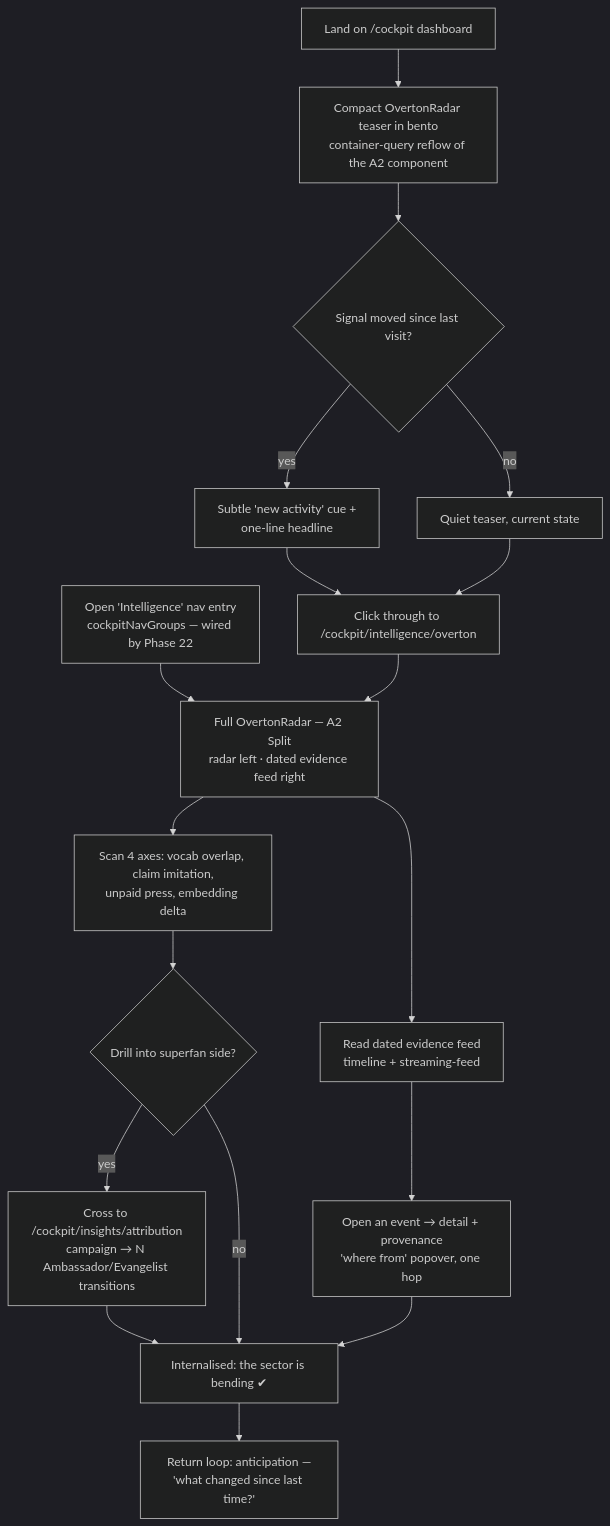
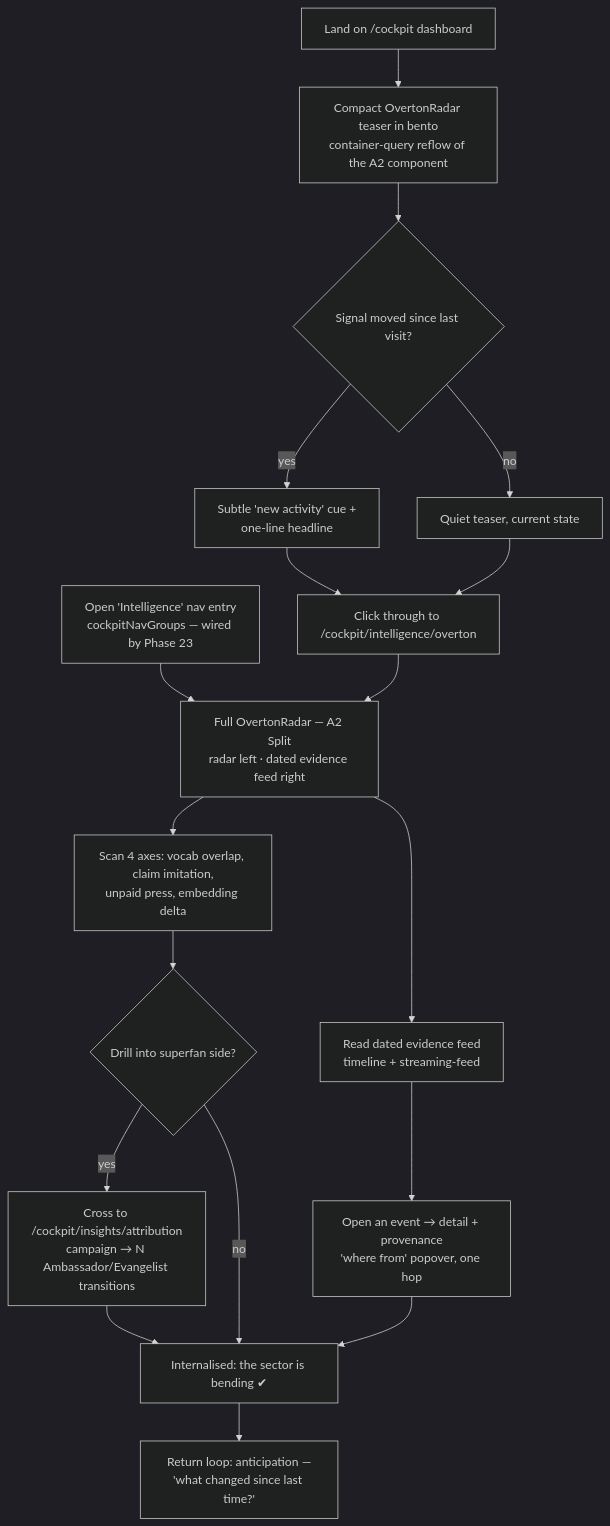
The third of 4 diagrams in _bmad-output/planning-artifacts/ux-design-specification.md (xtincell/ADVE-project), drawn with Mermaid (dark theme) before and after one commit. The commit also changed other lines of this file and 4 other files, not shown here.

````diff
--- a/_bmad-output/planning-artifacts/ux-design-specification.md
+++ b/_bmad-output/planning-artifacts/ux-design-specification.md
@@ -926,20 +926,20 @@
 ```mermaid
 flowchart TD
   A[Land on /cockpit dashboard] --> B[Compact OvertonRadar teaser in bento<br/>container-query reflow of the A2 component]
-  A2[Open 'Intelligence' nav entry<br/>cockpitNavGroups — wired by Phase 22] --> G
+  A2[Open 'Intelligence' nav entry<br/>cockpitNavGroups — wired by Phase 23] --> G
   B --> C{Signal moved since last visit?}
   C -->|yes| D[Subtle 'new activity' cue +<br/>one-line headline]
   C -->|no| E[Quiet teaser, current state]
   D --> F[Click through to /cockpit/intelligence/overton]
   E --> F
   F --> G[Full OvertonRadar — A2 Split<br/>radar left · dated evidence feed right]
   G --> H[Scan 4 axes: vocab overlap, claim imitation,<br/>unpaid press, embedding delta]
   G --> I[Read dated evidence feed<br/>timeline + streaming-feed]
   I --> J[Open an event → detail + provenance<br/>'where from' popover, one hop]
   H --> K{Drill into superfan side?}
   K -->|yes| L[Cross to /cockpit/insights/attribution<br/>campaign → N Ambassador/Evangelist transitions]
   K -->|no| M[Internalised: the sector is bending ✔]
   J --> M
   L --> M
   M --> N[Return loop: anticipation —<br/>'what changed since last time?']
 ```
````
